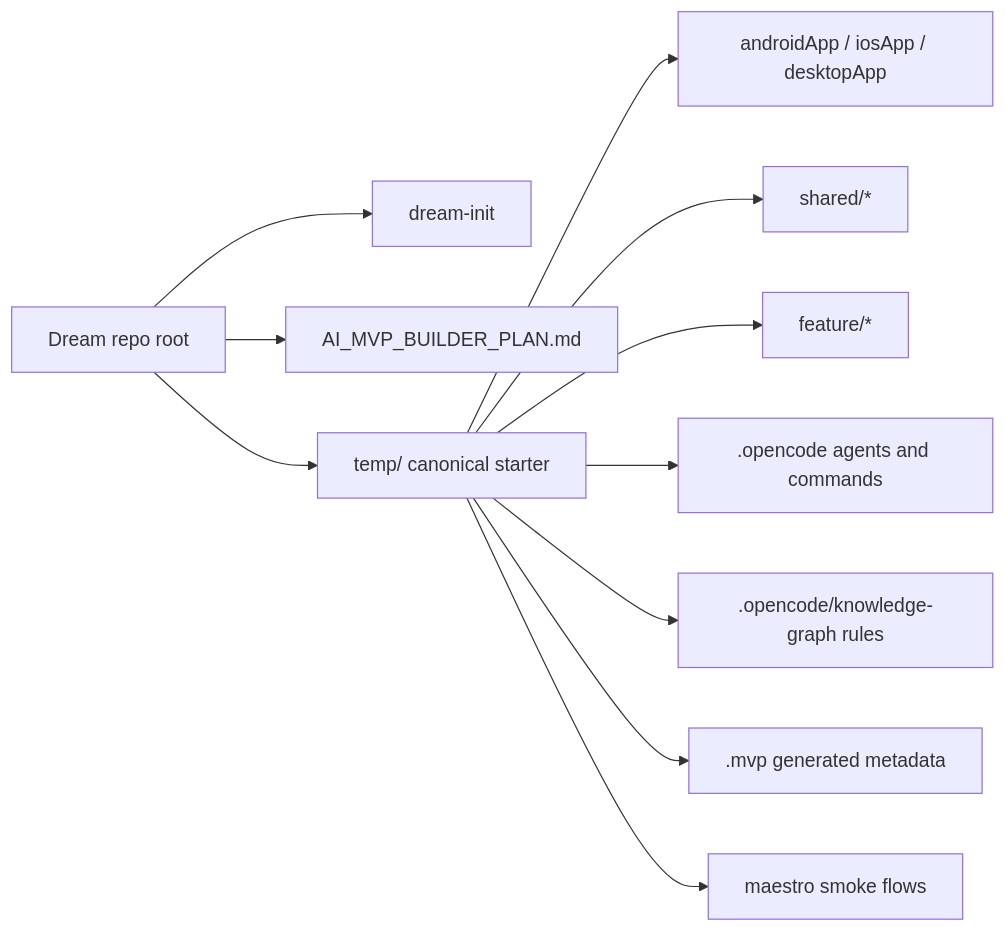
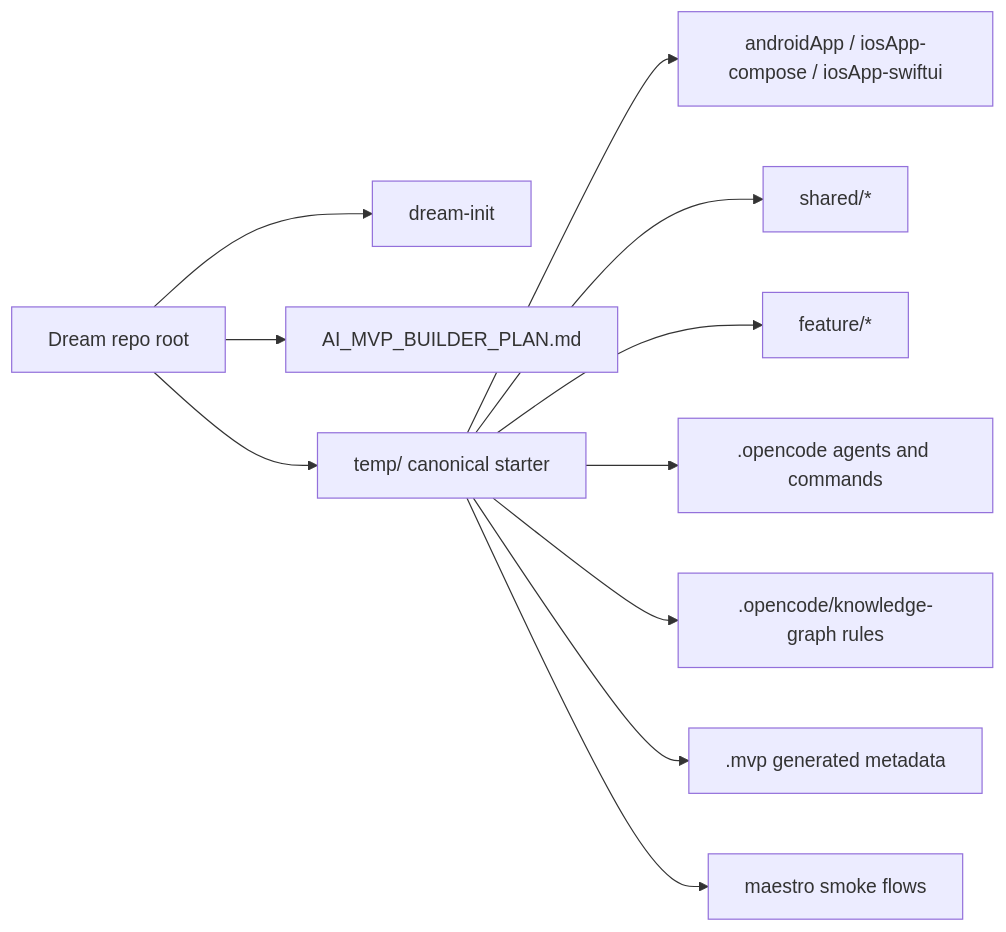
The second of 8 diagrams in ONBOARDING.md (Helmy2/Dream), drawn with Mermaid before and after one commit. The commit also changed other lines of this file and 111 other files, not shown here.

Commit message:
Overhaul template: remove desktopApp, finalize iosApp-swiftui with design system, upgrade libs, refactor sample feature with list/detail screens and create sheet

````diff
--- a/ONBOARDING.md
+++ b/ONBOARDING.md
@@ -37,13 +37,13 @@
 ```mermaid
 flowchart LR
     Root[Dream repo root] --> Init[dream-init]
     Root --> Plan[AI_MVP_BUILDER_PLAN.md]
     Root --> Temp[temp/ canonical starter]
-    Temp --> Apps[androidApp / iosApp / desktopApp]
+    Temp --> Apps[androidApp / iosApp-compose / iosApp-swiftui]
     Temp --> Shared[shared/*]
     Temp --> Features[feature/*]
     Temp --> Agents[.opencode agents and commands]
     Temp --> Graph[.opencode/knowledge-graph rules]
     Temp --> MVP[.mvp generated metadata]
     Temp --> Maestro[maestro smoke flows]
 ```
````
